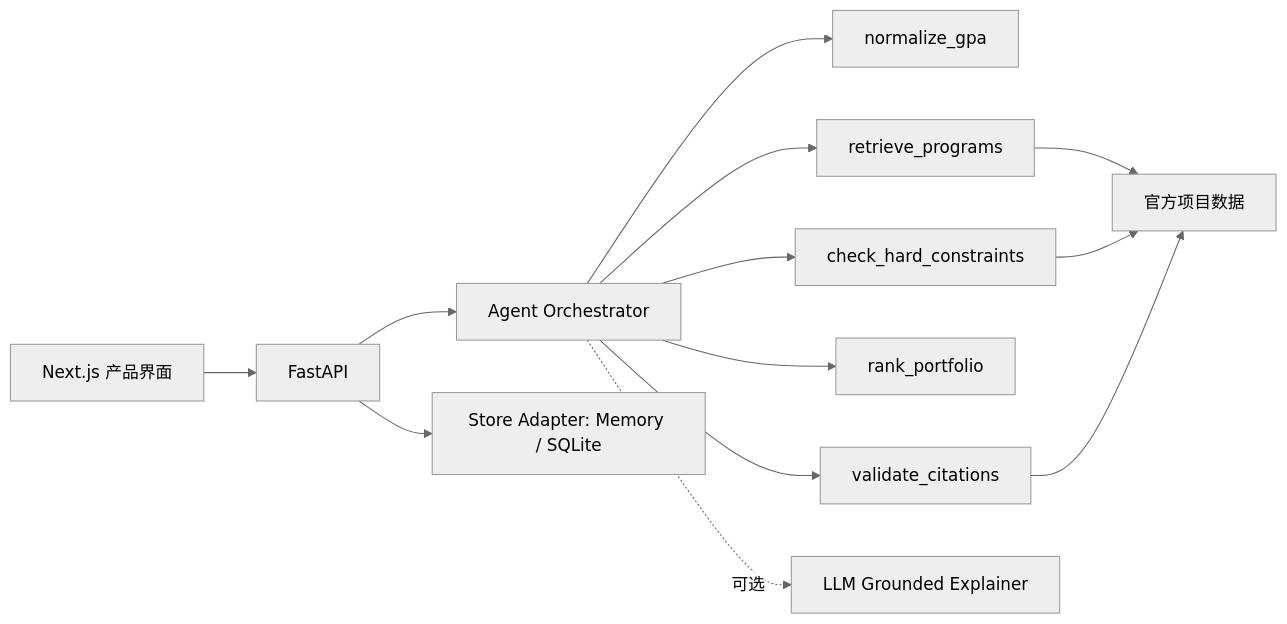
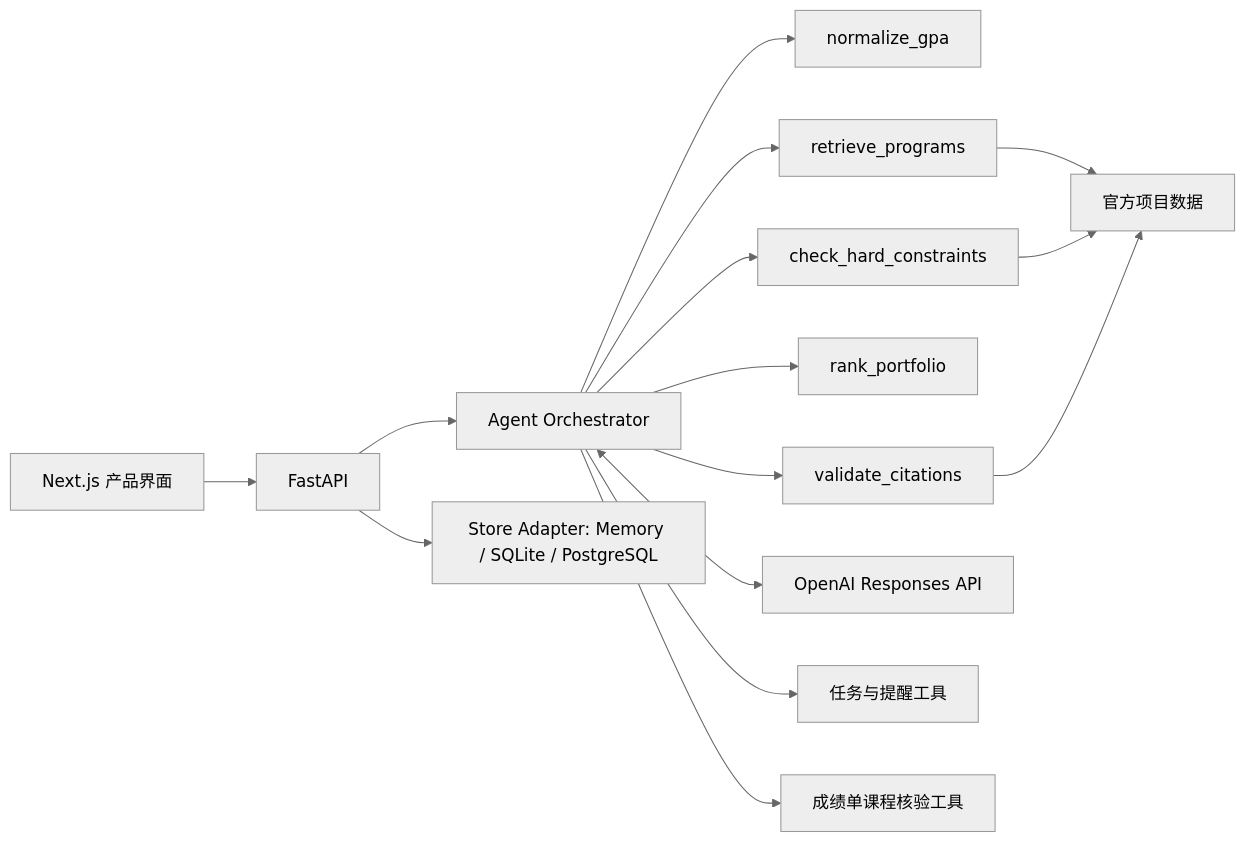
Before and after one commit to MortyYJT/offerpilot: the diagram in README.md, drawn with Mermaid (neutral theme). The commit also changed other lines of this file and 8 other files, not shown here.

Commit message:
feat: add production PostgreSQL persistence

````diff
--- a/README.md
+++ b/README.md
@@ -24,15 +24,17 @@
 ```mermaid
 flowchart LR
     UI[Next.js 产品界面] --> API[FastAPI]
     API --> ORCH[Agent Orchestrator]
     ORCH --> GPA[normalize_gpa]
     ORCH --> RET[retrieve_programs]
     ORCH --> RULES[check_hard_constraints]
     ORCH --> RANK[rank_portfolio]
     ORCH --> CITE[validate_citations]
     RET --> DATA[官方项目数据]
     RULES --> DATA
     CITE --> DATA
-    ORCH -. 可选 .-> LLM[LLM Grounded Explainer]
-    API --> STORE[Store Adapter: Memory / SQLite]
+    ORCH <--> LLM[OpenAI Responses API]
+    ORCH --> TASKS[任务与提醒工具]
+    ORCH --> TRANSCRIPT[成绩单课程核验工具]
+    API --> STORE[Store Adapter: Memory / SQLite / PostgreSQL]
 ```
````
